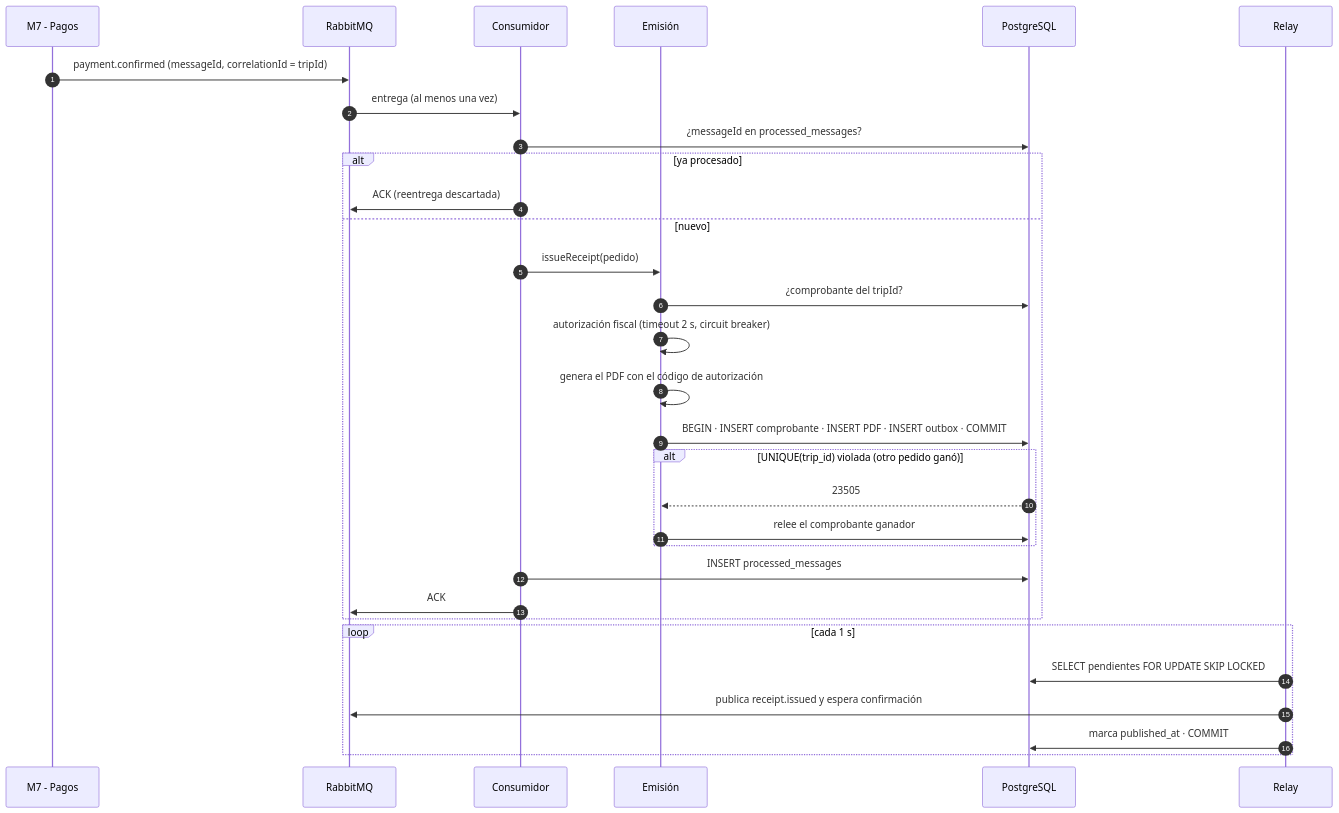
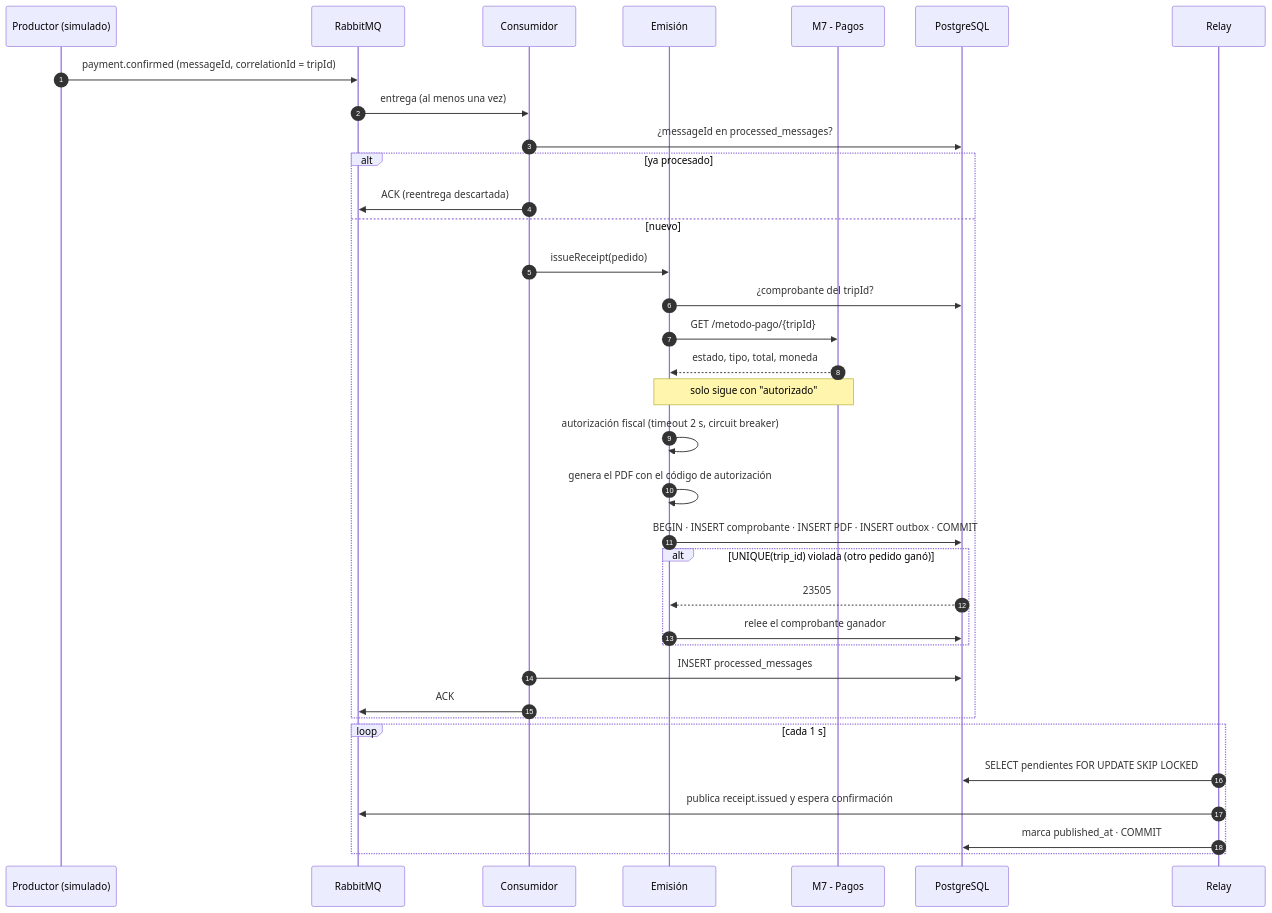
Before and after one commit to cuencadelplata/p3-ae1-2026: the third of 4 diagrams in modulo-8/services/receipts/docs/arquitectura/arquitectura-ae2.md, drawn with Mermaid. The commit also changed other lines of this file and 2 other files, not shown here.

Commit message:
docs(m8): actualizar alcance individual, arquitectura e indice a la version 2.3.0 con la integracion de M7 por REST (#18)

````diff
--- a/modulo-8/services/receipts/docs/arquitectura/arquitectura-ae2.md
+++ b/modulo-8/services/receipts/docs/arquitectura/arquitectura-ae2.md
@@ -129,34 +138,38 @@
 ```mermaid
 sequenceDiagram
     autonumber
-    participant M7 as M7 - Pagos
+    participant P as Productor (simulado)
     participant MQ as RabbitMQ
     participant C as Consumidor
     participant S as Emisión
+    participant M7 as M7 - Pagos
     participant DB as PostgreSQL
     participant R as Relay
 
-    M7->>MQ: payment.confirmed (messageId, correlationId = tripId)
+    P->>MQ: payment.confirmed (messageId, correlationId = tripId)
     MQ->>C: entrega (al menos una vez)
     C->>DB: ¿messageId en processed_messages?
     alt ya procesado
         C->>MQ: ACK (reentrega descartada)
     else nuevo
         C->>S: issueReceipt(pedido)
         S->>DB: ¿comprobante del tripId?
+        S->>M7: GET /metodo-pago/{tripId}
+        M7-->>S: estado, tipo, total, moneda
+        Note over S,M7: solo sigue con "autorizado"
         S->>S: autorización fiscal (timeout 2 s, circuit breaker)
         S->>S: genera el PDF con el código de autorización
         S->>DB: BEGIN · INSERT comprobante · INSERT PDF · INSERT outbox · COMMIT
         alt UNIQUE(trip_id) violada (otro pedido ganó)
             DB-->>S: 23505
             S->>DB: relee el comprobante ganador
         end
         C->>DB: INSERT processed_messages
         C->>MQ: ACK
     end
     loop cada 1 s
         R->>DB: SELECT pendientes FOR UPDATE SKIP LOCKED
         R->>MQ: publica receipt.issued y espera confirmación
         R->>DB: marca published_at · COMMIT
     end
 ```
````
